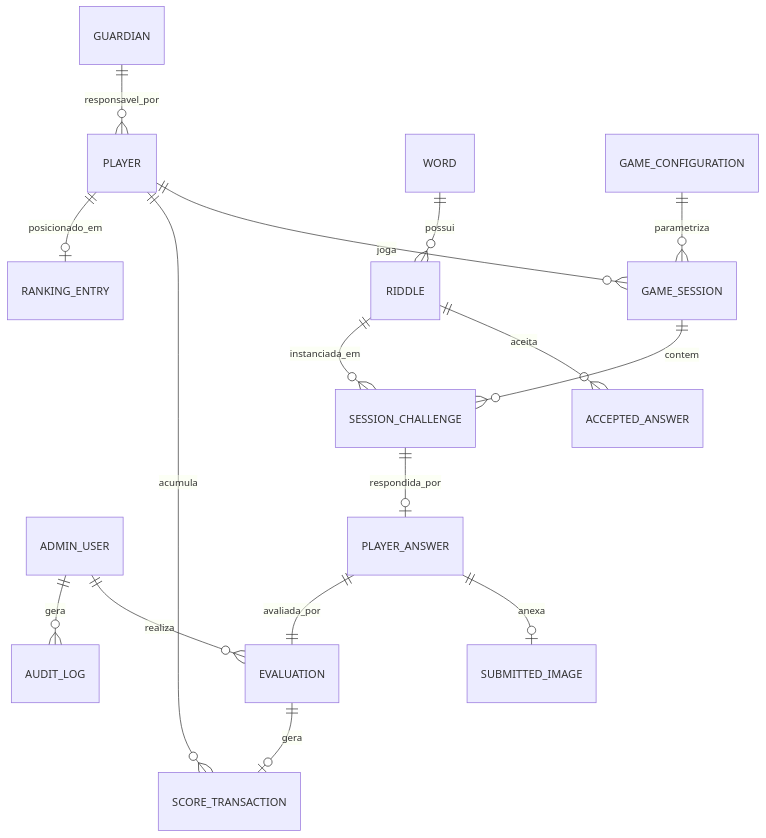
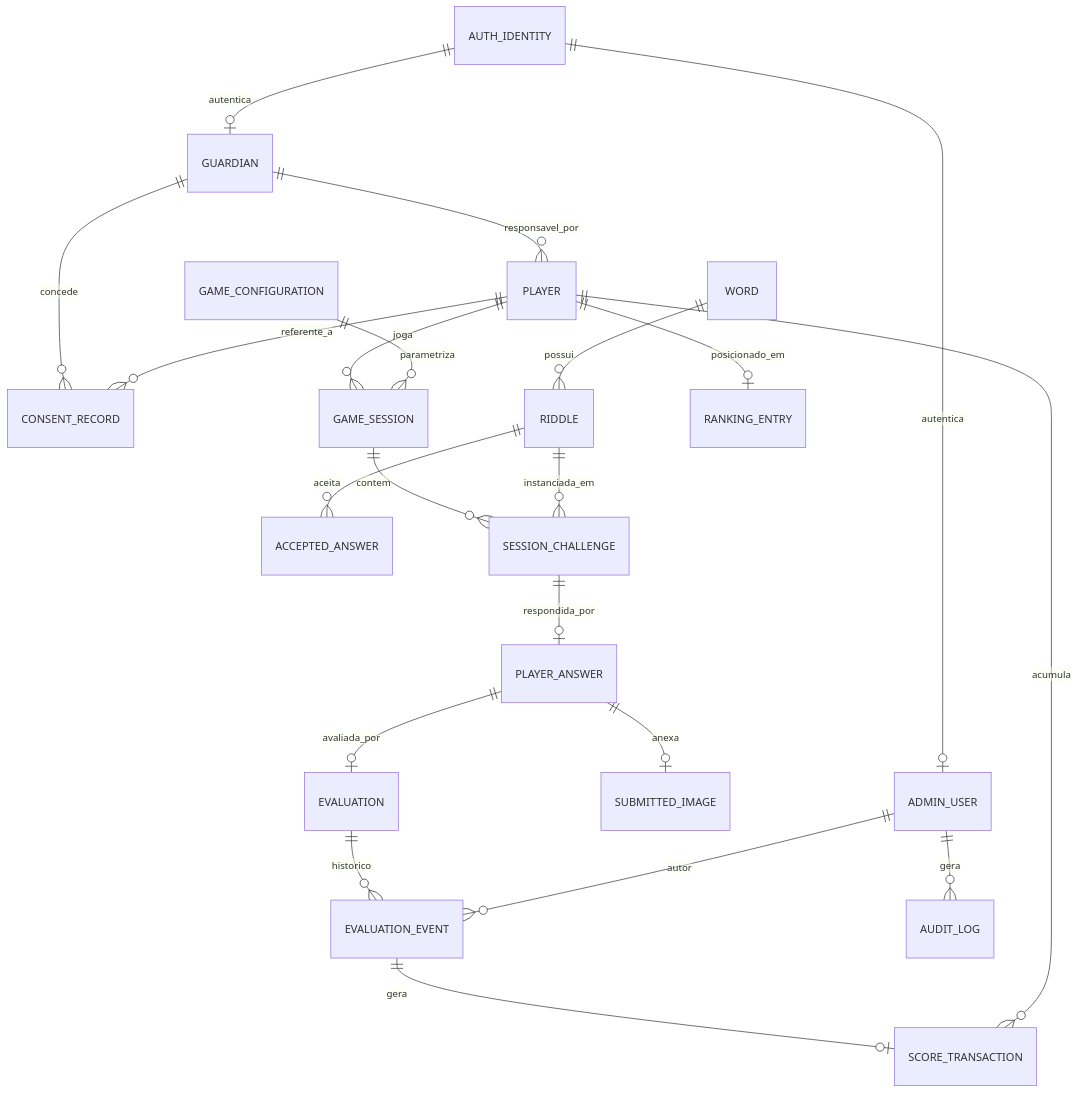
One commit to BrunoMNoronha/annalu changed the diagram in docs/05-modelo-de-dominio.md. Above: the diagram before and after it, drawn with Mermaid. The commit also changed other lines of this file and 8 other files, not shown here.

````diff
--- a/docs/05-modelo-de-dominio.md
+++ b/docs/05-modelo-de-dominio.md
@@ -64,18 +76,23 @@
 ```mermaid
 erDiagram
+    AUTH_IDENTITY ||--o| GUARDIAN : autentica
+    AUTH_IDENTITY ||--o| ADMIN_USER : autentica
+    GUARDIAN ||--o{ PLAYER : responsavel_por
+    GUARDIAN ||--o{ CONSENT_RECORD : concede
+    PLAYER ||--o{ CONSENT_RECORD : referente_a
     PLAYER ||--o{ GAME_SESSION : joga
-    GUARDIAN ||--o{ PLAYER : responsavel_por
-    ADMIN_USER ||--o{ EVALUATION : realiza
-    ADMIN_USER ||--o{ AUDIT_LOG : gera
     WORD ||--o{ RIDDLE : possui
     RIDDLE ||--o{ ACCEPTED_ANSWER : aceita
     GAME_CONFIGURATION ||--o{ GAME_SESSION : parametriza
     GAME_SESSION ||--o{ SESSION_CHALLENGE : contem
     RIDDLE ||--o{ SESSION_CHALLENGE : instanciada_em
     SESSION_CHALLENGE ||--o| PLAYER_ANSWER : respondida_por
     PLAYER_ANSWER ||--o| SUBMITTED_IMAGE : anexa
-    PLAYER_ANSWER ||--|| EVALUATION : avaliada_por
-    EVALUATION ||--o| SCORE_TRANSACTION : gera
+    PLAYER_ANSWER ||--o| EVALUATION : avaliada_por
+    EVALUATION ||--o{ EVALUATION_EVENT : historico
+    ADMIN_USER ||--o{ EVALUATION_EVENT : autor
+    ADMIN_USER ||--o{ AUDIT_LOG : gera
+    EVALUATION_EVENT ||--o| SCORE_TRANSACTION : gera
     PLAYER ||--o{ SCORE_TRANSACTION : acumula
     PLAYER ||--o| RANKING_ENTRY : posicionado_em
 ```
````
